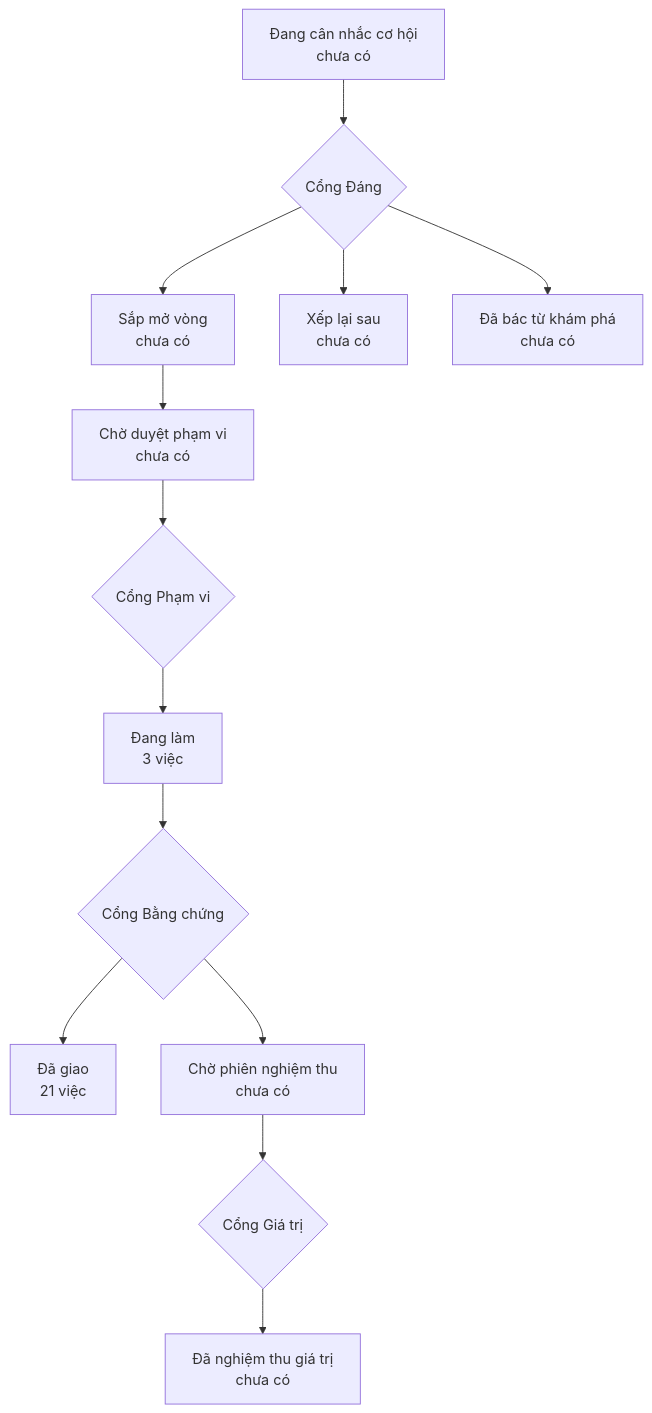
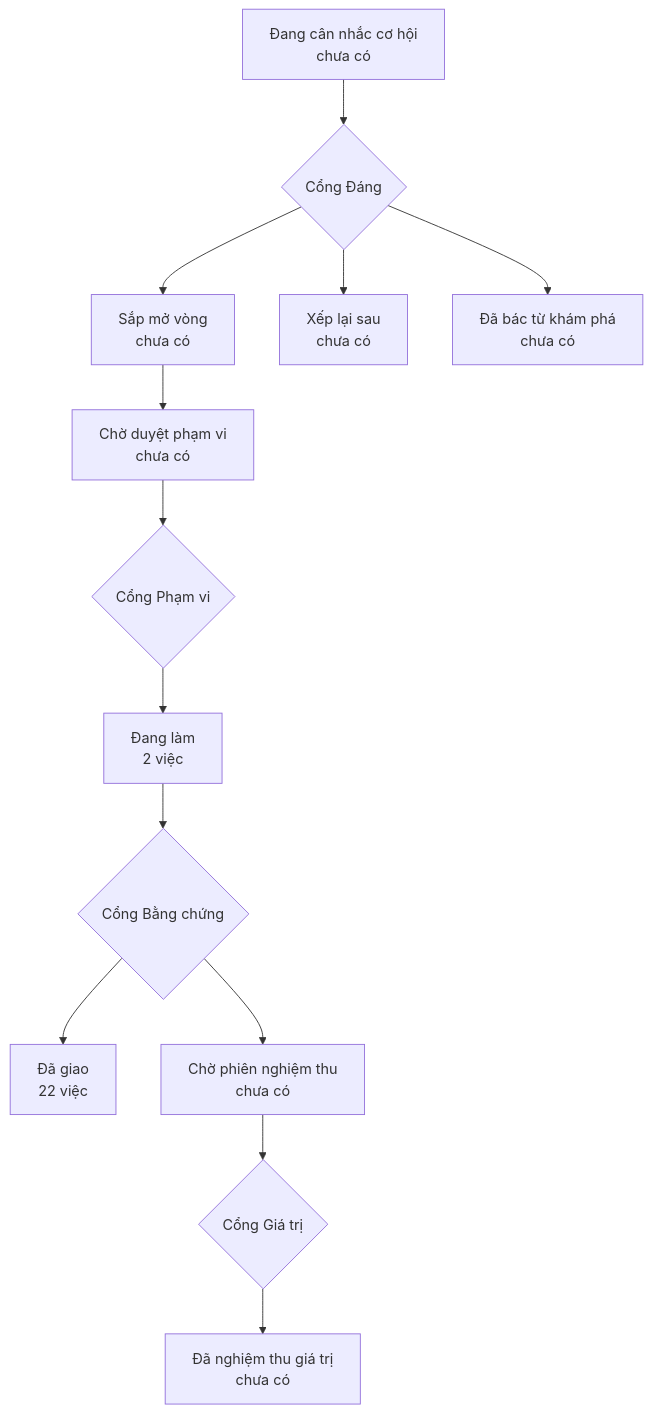
One commit to phanlemanh/acceptance-gate-kit changed the diagram in PRODUCT-MAP.md. Above: the diagram before and after it, drawn with Mermaid. The commit also changed 3 other files, not shown here.

````diff
--- a/PRODUCT-MAP.md
+++ b/PRODUCT-MAP.md
@@ -6,12 +6,12 @@
 ```mermaid
 flowchart TD
   A["Đang cân nhắc cơ hội<br/>chưa có"] --> GD{"Cổng Đáng"}
   GD --> B["Sắp mở vòng<br/>chưa có"]
   GD --> XL["Xếp lại sau<br/>chưa có"]
   GD --> DB["Đã bác từ khám phá<br/>chưa có"]
   B --> CD["Chờ duyệt phạm vi<br/>chưa có"] --> GP{"Cổng Phạm vi"}
-  GP --> DL["Đang làm<br/>3 việc"] --> GB{"Cổng Bằng chứng"}
-  GB --> DG["Đã giao<br/>21 việc"]
+  GP --> DL["Đang làm<br/>2 việc"] --> GB{"Cổng Bằng chứng"}
+  GB --> DG["Đã giao<br/>22 việc"]
   GB --> CN["Chờ phiên nghiệm thu<br/>chưa có"] --> GG{"Cổng Giá trị"}
   GG --> NT["Đã nghiệm thu giá trị<br/>chưa có"]
 ```
````
